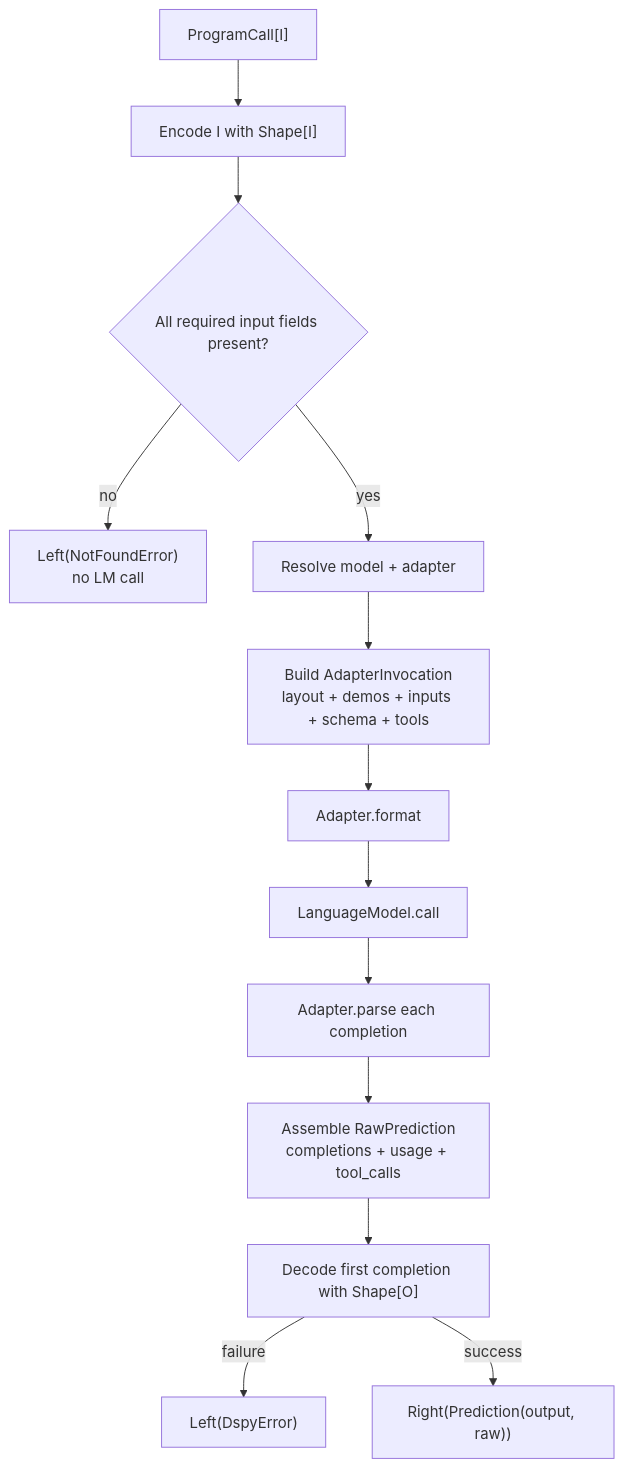
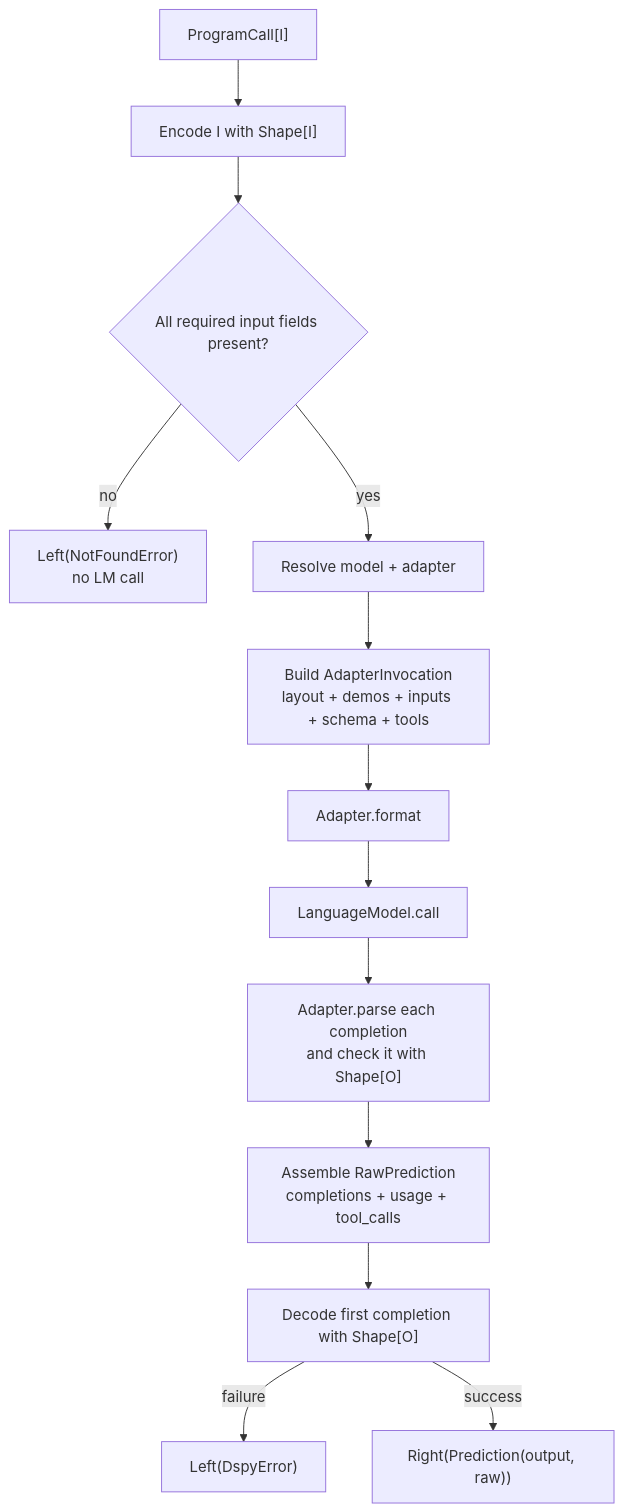
Before and after one commit to jpablo/dspy4s: the third of 5 diagrams in modules/programs/src/main/scala/dspy4s/programs/strategies/Predict.md, drawn with Mermaid. The commit also changed other lines of this file and 634 other files, not shown here.

````diff
--- a/modules/programs/src/main/scala/dspy4s/programs/strategies/Predict.md
+++ b/modules/programs/src/main/scala/dspy4s/programs/strategies/Predict.md
@@ -125,15 +125,15 @@
 ```mermaid
 flowchart TD
     call["ProgramCall[I]"] --> encode["Encode I with Shape[I]"]
     encode --> required{"All required input fields present?"}
     required -->|"no"| missing["Left(NotFoundError)<br/>no LM call"]
     required -->|"yes"| resolve["Resolve model + adapter"]
     resolve --> invocation["Build AdapterInvocation<br/>layout + demos + inputs + schema + tools"]
     invocation --> format["Adapter.format"]
     format --> lm["LanguageModel.call"]
-    lm --> parse["Adapter.parse each completion"]
+    lm --> parse["Adapter.parse each completion<br/>and check it with Shape[O]"]
     parse --> assemble["Assemble RawPrediction<br/>completions + usage + tool_calls"]
     assemble --> decode["Decode first completion with Shape[O]"]
     decode -->|"failure"| failure["Left(DspyError)"]
     decode -->|"success"| success["Right(Prediction(output, raw))"]
 ```
````
